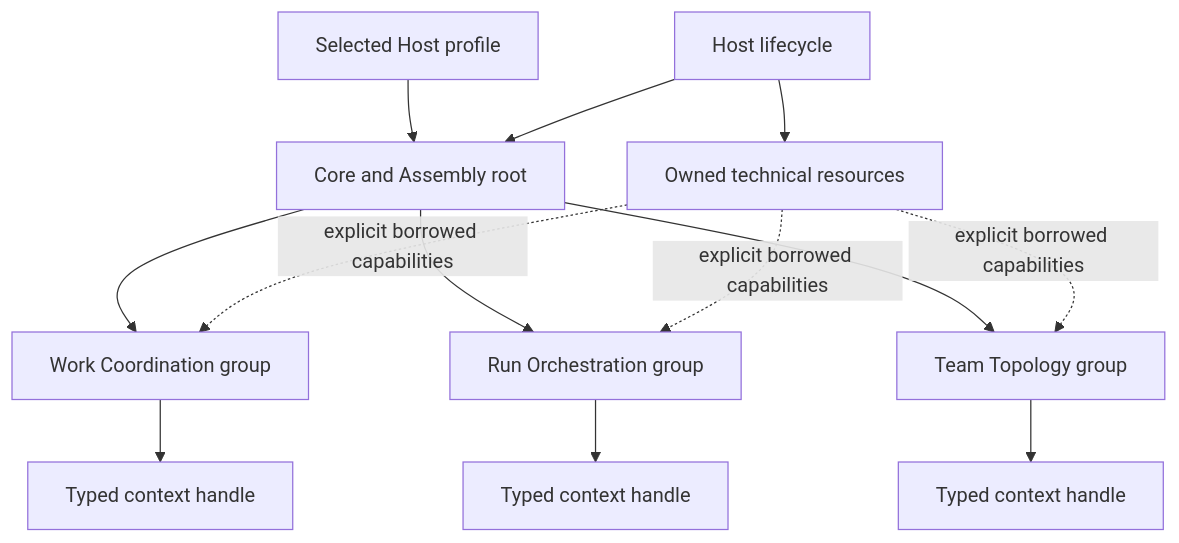
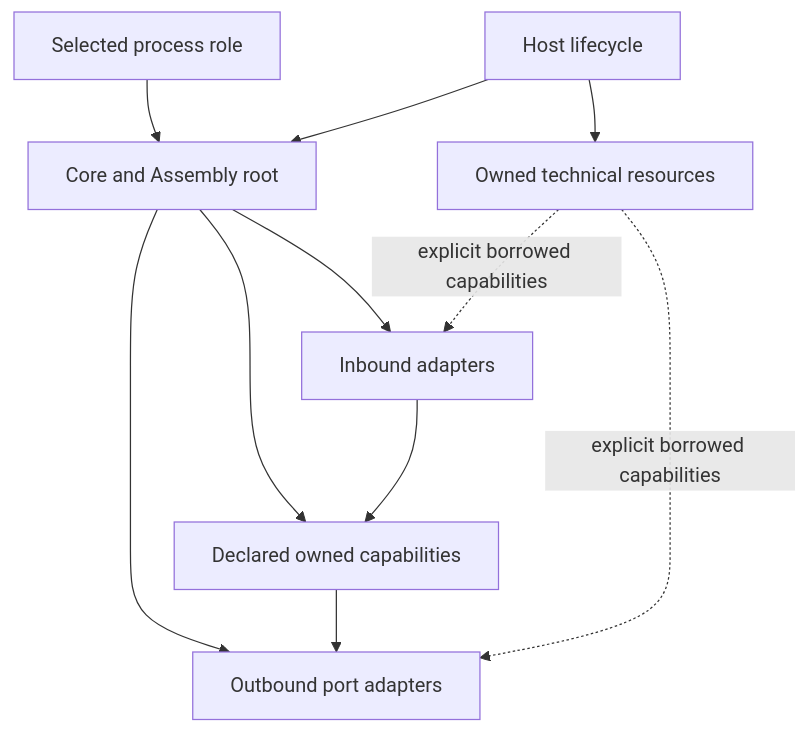
One commit to agent-teams-ai/agent-teams-orchestrator changed the diagram in docs/architecture/composition-and-dependency-injection.md. Above: the diagram before and after it, drawn with Mermaid. The commit also changed other lines of this file and 24 other files, not shown here.

````diff
--- a/docs/architecture/composition-and-dependency-injection.md
+++ b/docs/architecture/composition-and-dependency-injection.md
@@ -61,15 +64,13 @@
 ```mermaid
 flowchart TB
-    Profile["Selected Host profile"] --> Root["Core and Assembly root"]
-    Root --> Work["Work Coordination group"]
-    Root --> Runs["Run Orchestration group"]
-    Root --> Teams["Team Topology group"]
-    Work --> WorkApi["Typed context handle"]
-    Runs --> RunsApi["Typed context handle"]
-    Teams --> TeamsApi["Typed context handle"]
+    Profile["Selected process role"] --> Root["Core and Assembly root"]
+    Root --> Capabilities["Declared owned capabilities"]
+    Root --> Inbound["Inbound adapters"]
+    Root --> Outbound["Outbound port adapters"]
+    Inbound --> Capabilities
+    Capabilities --> Outbound
     Host["Host lifecycle"] --> Root
     Host --> Resources["Owned technical resources"]
-    Resources -. "explicit borrowed capabilities" .-> Work
-    Resources -. "explicit borrowed capabilities" .-> Runs
-    Resources -. "explicit borrowed capabilities" .-> Teams
+    Resources -. "explicit borrowed capabilities" .-> Inbound
+    Resources -. "explicit borrowed capabilities" .-> Outbound
 ```
````
